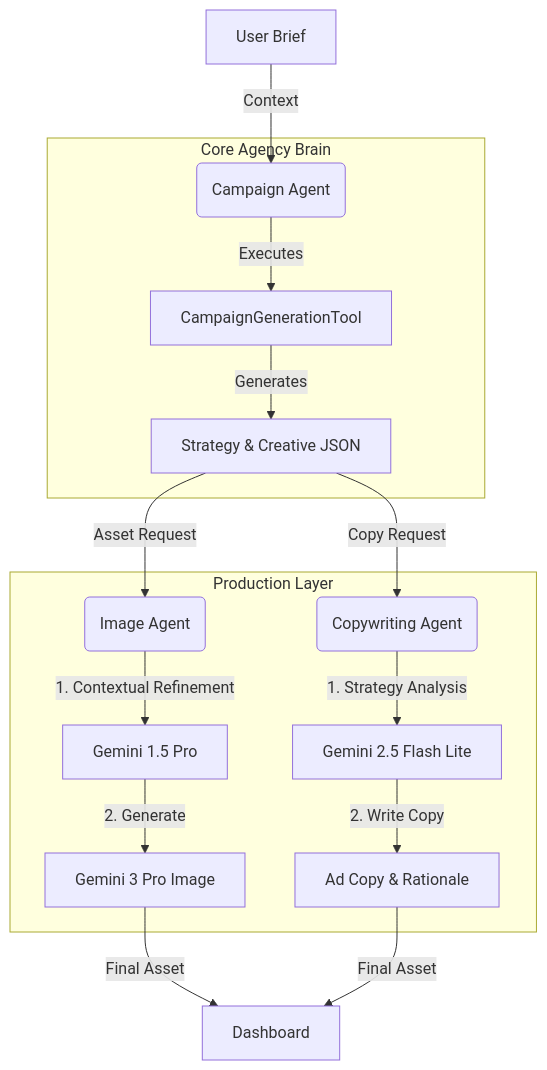
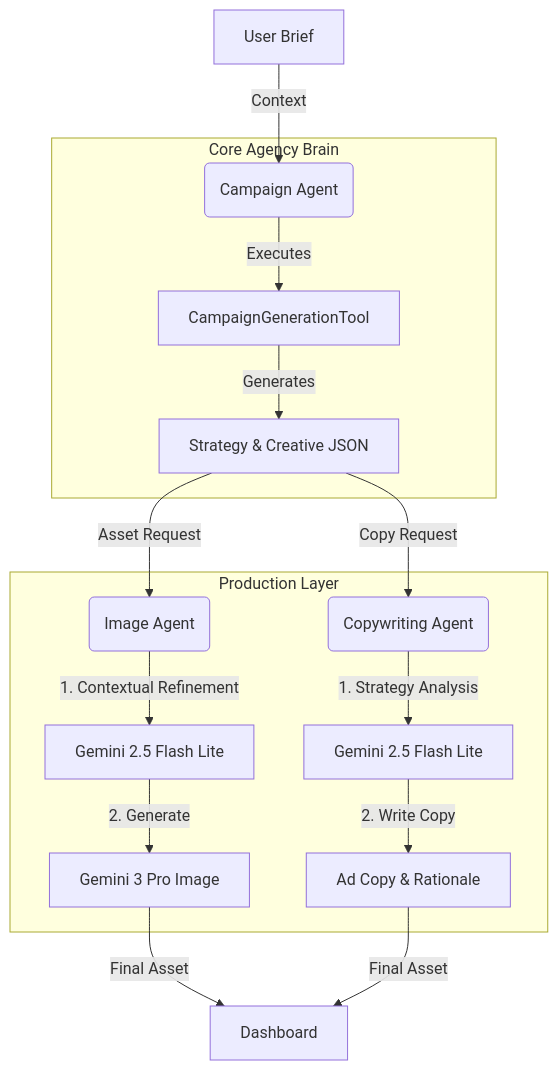
The diagram in README.md (gianlucabinetti/AdGenie), drawn with Mermaid before and after one commit.

````diff
--- a/README.md
+++ b/README.md
@@ -27,23 +27,23 @@
 ```mermaid
 graph TD
     User[User Brief] -->|Context| CA(Campaign Agent)
     
     subgraph "Core Agency Brain"
         CA -->|Executes| CT[CampaignGenerationTool]
         CT -->|Generates| JSON[Strategy & Creative JSON]
     end
     
     JSON -->|Asset Request| IA(Image Agent)
     JSON -->|Copy Request| CP(Copywriting Agent)
     
     subgraph "Production Layer"
-        IA -->|1. Contextual Refinement| GEM[Gemini 1.5 Pro]
+        IA -->|1. Contextual Refinement| GEM[Gemini 2.5 Flash Lite]
         GEM -->|2. Generate| IMG[Gemini 3 Pro Image]
         
         CP -->|1. Strategy Analysis| GEM_COPY[Gemini 2.5 Flash Lite]
         GEM_COPY -->|2. Write Copy| COPY[Ad Copy & Rationale]
     end
     
     IMG -->|Final Asset| Dashboard
     COPY -->|Final Asset| Dashboard
 ```
````
